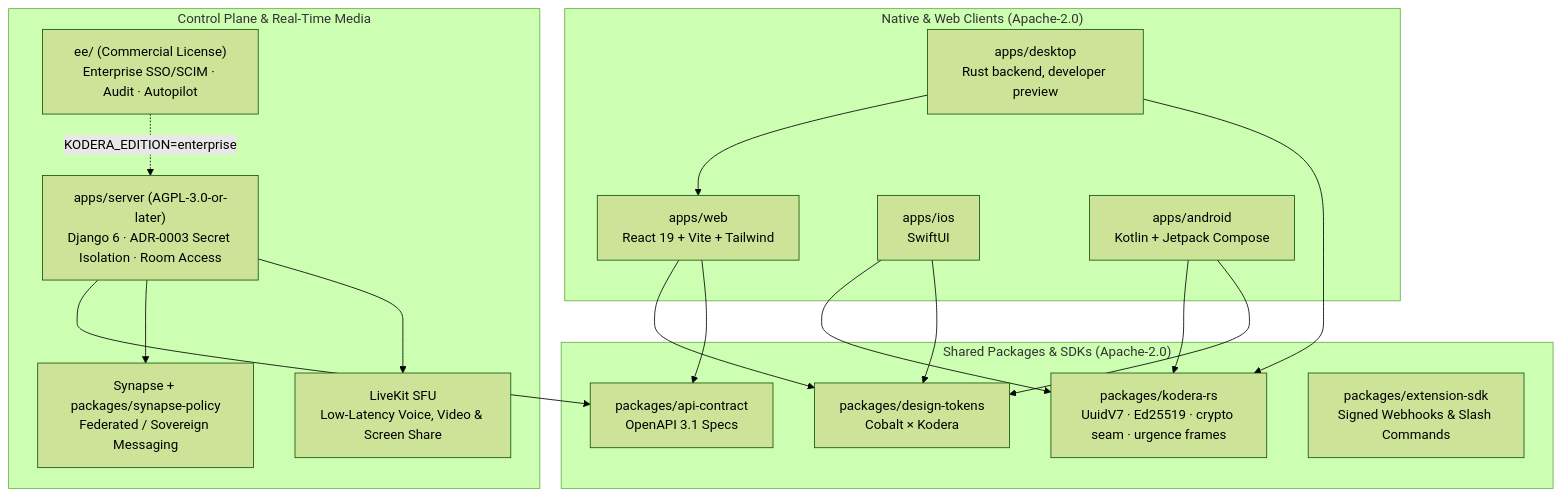
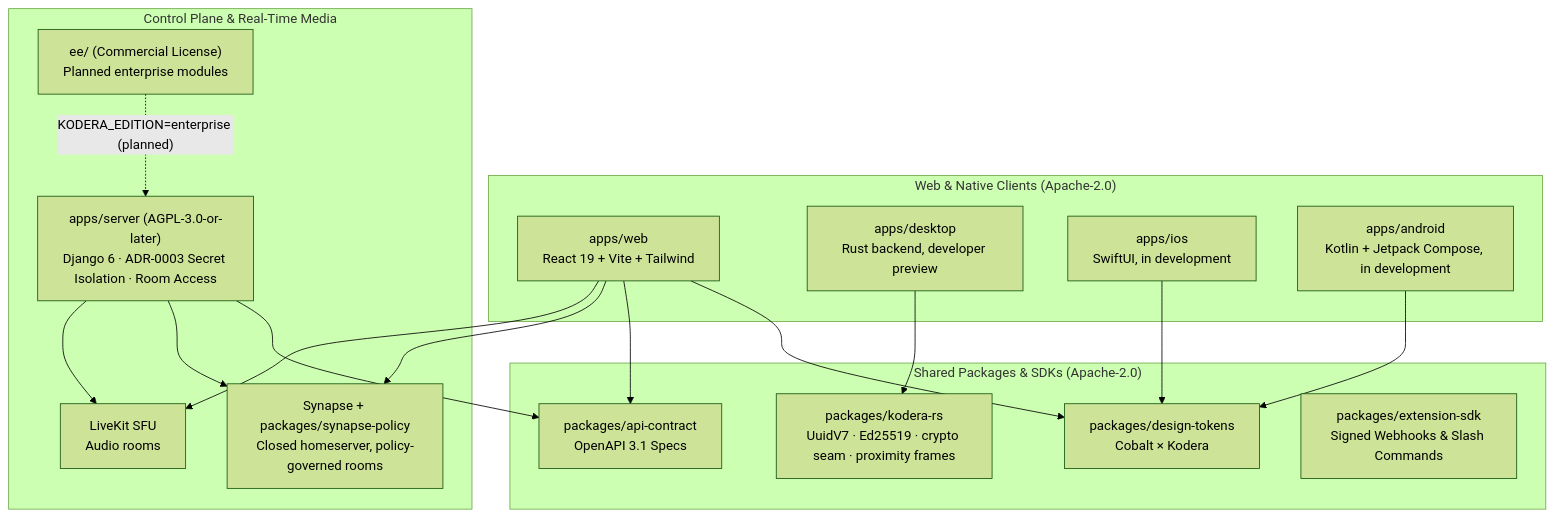
One commit to kodera-hq/kodera changed the diagram in README.md. Above: the diagram before and after it, drawn with Mermaid (forest theme). The commit also changed other lines of this file and 9 other files, not shown here.

````diff
--- a/README.md
+++ b/README.md
@@ -55,41 +71,42 @@
 ```mermaid
 flowchart TB
-  subgraph Clients["Native & Web Clients (Apache-2.0)"]
+  subgraph Clients["Web & Native Clients (Apache-2.0)"]
     WEB["`apps/web
 React 19 + Vite + Tailwind`"]
     DESK["`apps/desktop
 Rust backend, developer preview`"]
     IOS["`apps/ios
-SwiftUI`"]
+SwiftUI, in development`"]
     AND["`apps/android
-Kotlin + Jetpack Compose`"]
+Kotlin + Jetpack Compose, in development`"]
   end
 
   subgraph Shared["Shared Packages & SDKs (Apache-2.0)"]
     RS["`packages/kodera-rs
-UuidV7 · Ed25519 · crypto seam · urgence frames`"]
+UuidV7 · Ed25519 · crypto seam · proximity frames`"]
     TOK["`packages/design-tokens
 Cobalt × Kodera`"]
     API["`packages/api-contract
 OpenAPI 3.1 Specs`"]
     SDK["`packages/extension-sdk
 Signed Webhooks & Slash Commands`"]
   end
 
   subgraph Backend["Control Plane & Real-Time Media"]
     SRV["`apps/server (AGPL-3.0-or-later)
 Django 6 · ADR-0003 Secret Isolation · Room Access`"]
     SYN["`Synapse + packages/synapse-policy
-Federated / Sovereign Messaging`"]
+Closed homeserver, policy-governed rooms`"]
     LK["`LiveKit SFU
-Low-Latency Voice, Video & Screen Share`"]
+Audio rooms`"]
     EE["`ee/ (Commercial License)
-Enterprise SSO/SCIM · Audit · Autopilot`"]
+Planned enterprise modules`"]
   end
 
   WEB --> TOK & API
-  DESK --> WEB & RS
-  IOS & AND --> RS & TOK
+  WEB --> SYN & LK
+  DESK --> RS
+  IOS & AND --> TOK
   SRV --> API & SYN & LK
-  EE -. "KODERA_EDITION=enterprise" .-> SRV
+  EE -. "KODERA_EDITION=enterprise (planned)" .-> SRV
 ```
````
